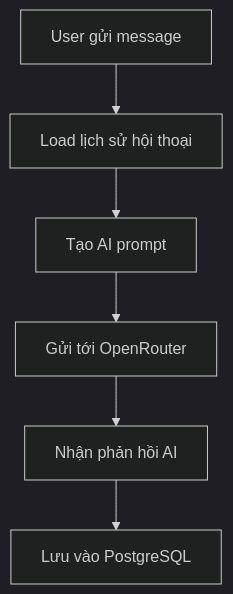
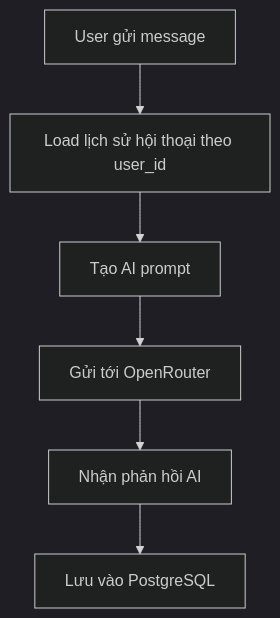
The third of 7 diagrams in README.md (vivuong166/MSTeam_Chatbot), drawn with Mermaid (dark theme) before and after one commit. The commit also changed other lines of this file, not shown here.

````diff
--- a/README.md
+++ b/README.md
@@ -379,8 +327,8 @@
 ```mermaid
 flowchart TD
-    A[User gửi message] --> B[Load lịch sử hội thoại]
+    A[User gửi message] --> B[Load lịch sử hội thoại theo user_id]
     B --> C[Tạo AI prompt]
     C --> D[Gửi tới OpenRouter]
     D --> E[Nhận phản hồi AI]
     E --> F[Lưu vào PostgreSQL]
 ```
````
